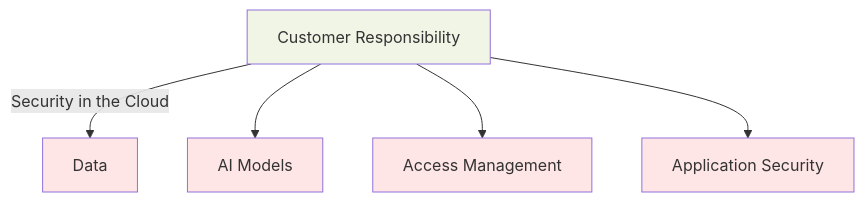
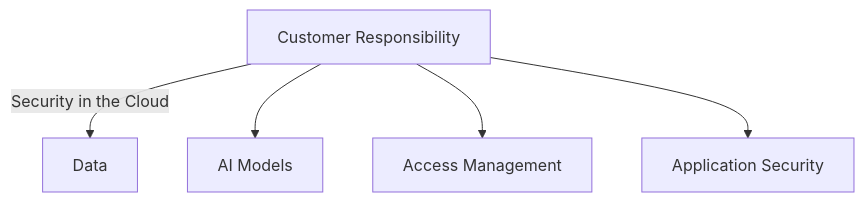
Before and after one commit to CloudCityPress/aws-aif-c01: the third of 6 diagrams in english/50_10_Methods_to_secure_AI_systems.md, drawn with Mermaid. The commit also changed other lines of this file and 16 other files, not shown here.

Commit message:
updating Mermaids

````diff
--- a/english/50_10_Methods_to_secure_AI_systems.md
+++ b/english/50_10_Methods_to_secure_AI_systems.md
@@ -75,12 +64,7 @@
 ```mermaid
 flowchart TD
     G[Customer Responsibility] -->|Security in the Cloud| H[Data]
     G --> I[AI Models]
     G --> J[Access Management]
     G --> K[Application Security]    
-    style G fill:#f0f5e6    
-    style H fill:#ffe6e6
-    style I fill:#ffe6e6
-    style J fill:#ffe6e6
-    style K fill:#ffe6e6
 ```
````
